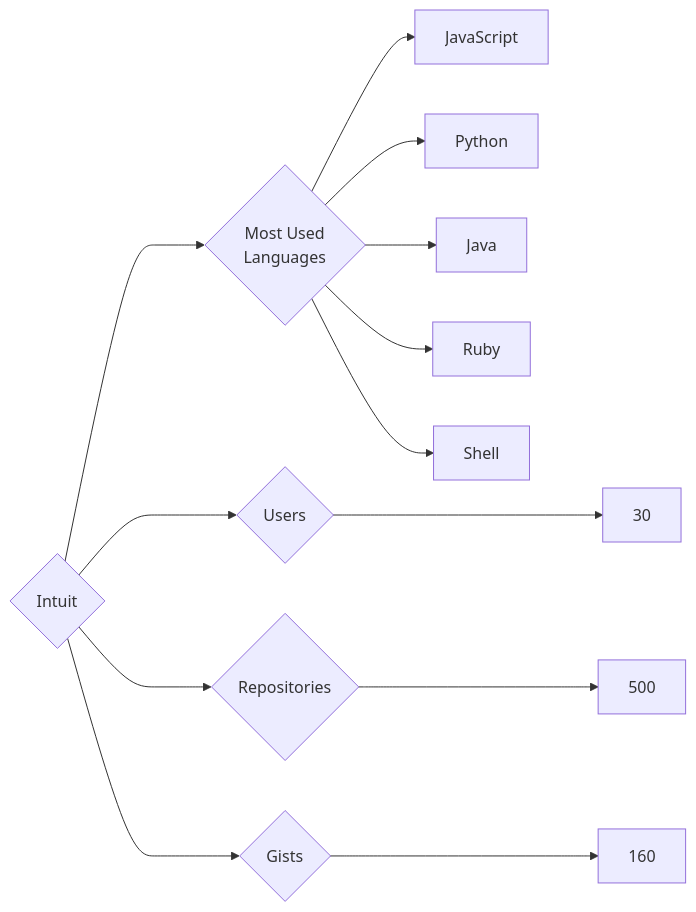
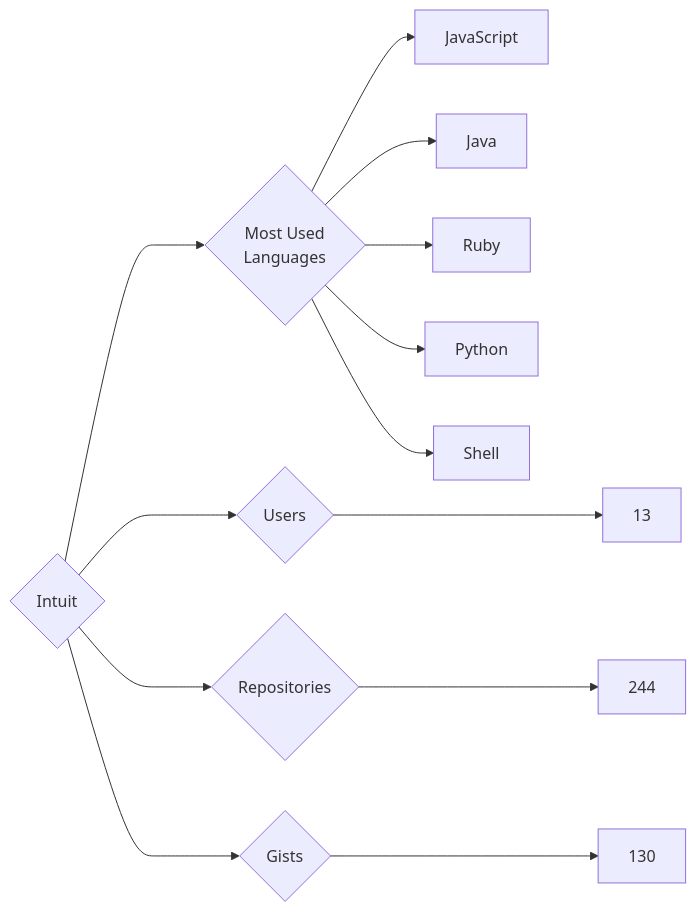
The diagram in targets/Intuit/README.md (trickest/insiders), drawn with Mermaid before and after one commit. The commit also changed 777 other files, not shown here.

````diff
--- a/targets/Intuit/README.md
+++ b/targets/Intuit/README.md
@@ -3,13 +3,13 @@
 ```mermaid
 graph LR
 COMPANY_NAME{Intuit}
-COMPANY_NAME ---> U{Users} ---> UN[30]
-COMPANY_NAME ---> R{Repositories} ---> RN[500]
-COMPANY_NAME ---> G{Gists} ---> GN[160]
+COMPANY_NAME ---> U{Users} ---> UN[13]
+COMPANY_NAME ---> R{Repositories} ---> RN[244]
+COMPANY_NAME ---> G{Gists} ---> GN[130]
 COMPANY_NAME ---> ML{Most Used<br>Languages}
 ML --> JavaScript[JavaScript]
-ML --> Python[Python]
 ML --> Java[Java]
 ML --> Ruby[Ruby]
+ML --> Python[Python]
 ML --> Shell[Shell]
 ```
````
